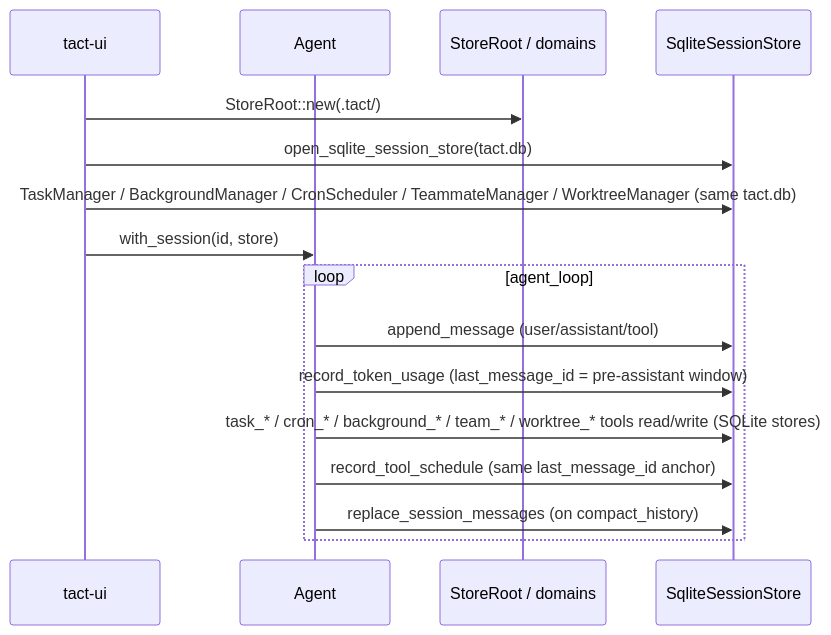
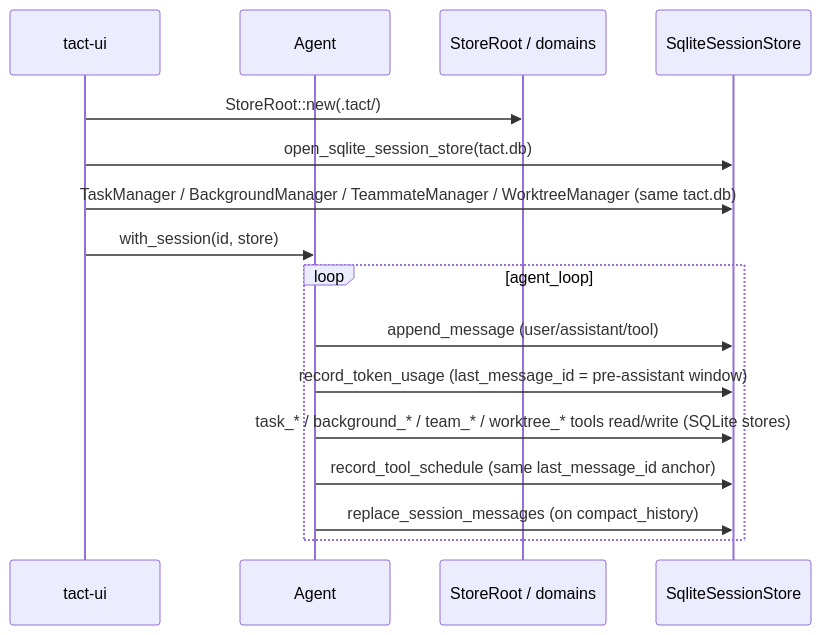
Before and after one commit to rust-infra/tact: the second of 2 diagrams in book/01_chapter_store.md, drawn with Mermaid. The commit also changed other lines of this file and 47 other files, not shown here.

First line of the commit message:
feat: background full-output log file; remove cron scheduling (#68)

````diff
--- a/book/01_chapter_store.md
+++ b/book/01_chapter_store.md
@@ -177,20 +174,20 @@
 ```mermaid
 sequenceDiagram
     participant TUI as tact-ui
     participant Agent
     participant JSON as StoreRoot / domains
     participant SQL as SqliteSessionStore
 
     TUI->>JSON: StoreRoot::new(.tact/)
     TUI->>SQL: open_sqlite_session_store(tact.db)
-    TUI->>SQL: TaskManager / BackgroundManager / CronScheduler / TeammateManager / WorktreeManager (same tact.db)
+    TUI->>SQL: TaskManager / BackgroundManager / TeammateManager / WorktreeManager (same tact.db)
     TUI->>Agent: with_session(id, store)
 
     loop agent_loop
         Agent->>SQL: append_message (user/assistant/tool)
         Agent->>SQL: record_token_usage (last_message_id = pre-assistant window)
-        Agent->>SQL: task_* / cron_* / background_* / team_* / worktree_* tools read/write (SQLite stores)
+        Agent->>SQL: task_* / background_* / team_* / worktree_* tools read/write (SQLite stores)
         Agent->>SQL: record_tool_schedule (same last_message_id anchor)
         Agent->>SQL: replace_session_messages (on compact_history)
     end
 ```
````
